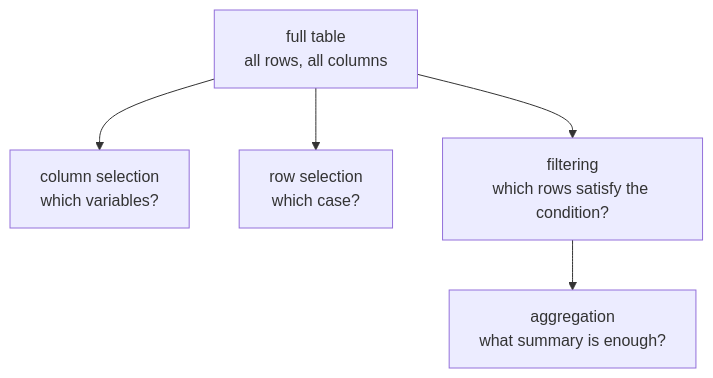
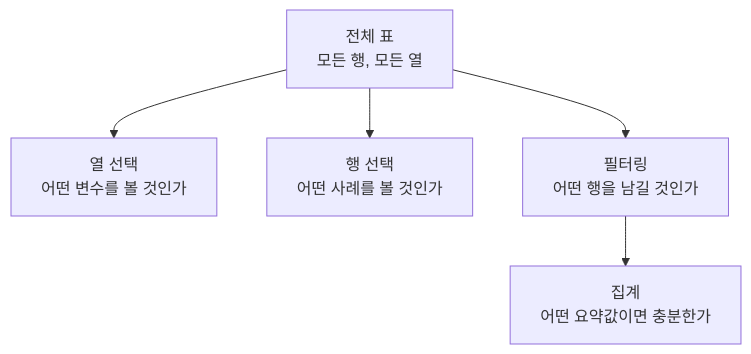
One commit to devchan64/AiBook changed the first of 2 diagrams in docs/parts/part-02/chapter-12/section-02.md. Above: the diagram before and after it, drawn with Mermaid. The commit also changed 17 other files, not shown here.

Commit message:
docs: localize more part 2 mermaid diagrams

````diff
--- a/docs/parts/part-02/chapter-12/section-02.md
+++ b/docs/parts/part-02/chapter-12/section-02.md
@@ -101,12 +101,12 @@
 ```mermaid
 flowchart TD
-    full["full table<br/>all rows, all columns"]
-    col["column selection<br/>which variables?"]
-    row["row selection<br/>which case?"]
-    cond["filtering<br/>which rows satisfy the condition?"]
-    agg["aggregation<br/>what summary is enough?"]
+    full["전체 표<br/>모든 행, 모든 열"]
+    col["열 선택<br/>어떤 변수를 볼 것인가"]
+    row["행 선택<br/>어떤 사례를 볼 것인가"]
+    cond["필터링<br/>어떤 행을 남길 것인가"]
+    agg["집계<br/>어떤 요약값이면 충분한가"]
 
     full --> col
     full --> row
     full --> cond --> agg
 ```
````
